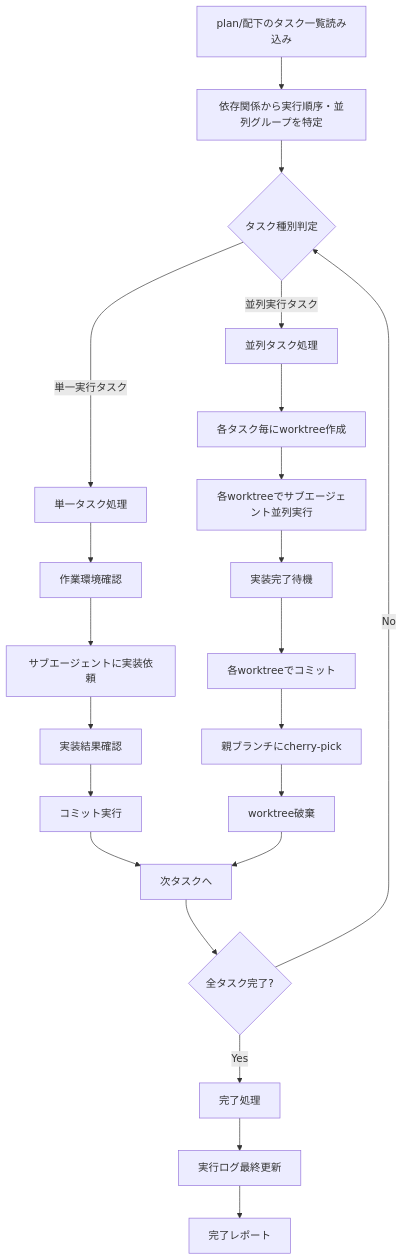
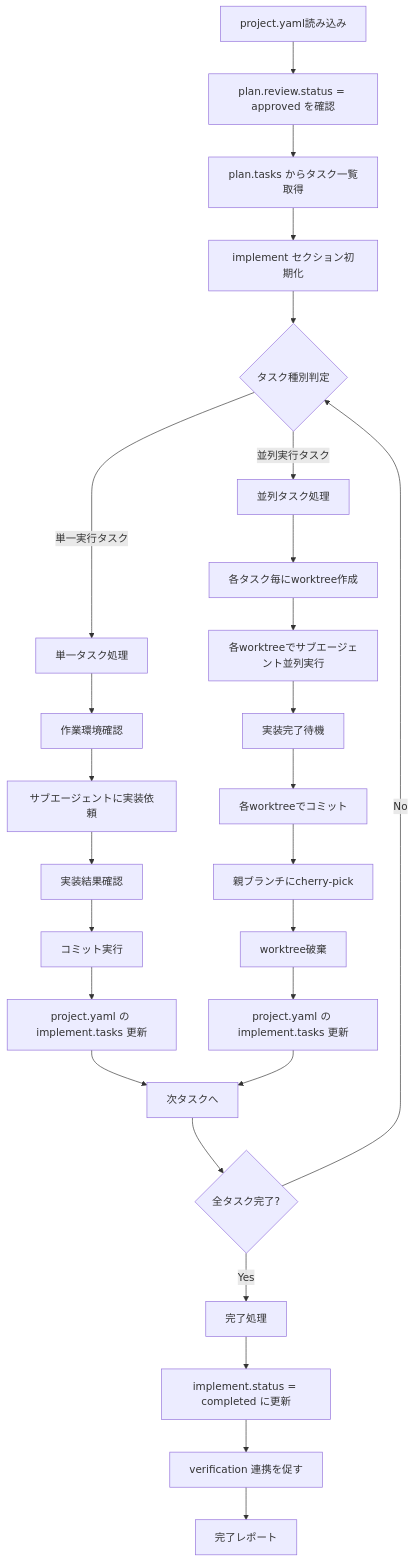
One commit to NagasakaH/dev-process changed the diagram in .claude/skills/implement/SKILL.md. Above: the diagram before and after it, drawn with Mermaid. The commit also changed other lines of this file and 11 other files, not shown here.

````diff
--- a/.claude/skills/implement/SKILL.md
+++ b/.claude/skills/implement/SKILL.md
@@ -71,27 +105,32 @@
 ```mermaid
 flowchart TD
-    A[plan/配下のタスク一覧読み込み] --> B[依存関係から実行順序・並列グループを特定]
-    B --> C{タスク種別判定}
+    A[project.yaml読み込み] --> B[plan.review.status = approved を確認]
+    B --> C[plan.tasks からタスク一覧取得]
+    C --> D[implement セクション初期化]
+    D --> E{タスク種別判定}
     
-    C -->|単一実行タスク| D[単一タスク処理]
-    D --> D1[作業環境確認]
-    D1 --> D2[サブエージェントに実装依頼]
-    D2 --> D3[実装結果確認]
-    D3 --> D4[コミット実行]
-    D4 --> E[次タスクへ]
+    E -->|単一実行タスク| F[単一タスク処理]
+    F --> F1[作業環境確認]
+    F1 --> F2[サブエージェントに実装依頼]
+    F2 --> F3[実装結果確認]
+    F3 --> F4[コミット実行]
+    F4 --> F5[project.yaml の implement.tasks 更新]
+    F5 --> G[次タスクへ]
     
-    C -->|並列実行タスク| F[並列タスク処理]
-    F --> F1[各タスク毎にworktree作成]
-    F1 --> F2[各worktreeでサブエージェント並列実行]
-    F2 --> F3[実装完了待機]
-    F3 --> F4[各worktreeでコミット]
-    F4 --> F5[親ブランチにcherry-pick]
-    F5 --> F6[worktree破棄]
-    F6 --> E
+    E -->|並列実行タスク| H[並列タスク処理]
+    H --> H1[各タスク毎にworktree作成]
+    H1 --> H2[各worktreeでサブエージェント並列実行]
+    H2 --> H3[実装完了待機]
+    H3 --> H4[各worktreeでコミット]
+    H4 --> H5[親ブランチにcherry-pick]
+    H5 --> H6[worktree破棄]
+    H6 --> H7[project.yaml の implement.tasks 更新]
+    H7 --> G
     
-    E --> G{全タスク完了?}
-    G -->|No| C
-    G -->|Yes| H[完了処理]
-    H --> I[実行ログ最終更新]
-    I --> J[完了レポート]
+    G --> I{全タスク完了?}
+    I -->|No| E
+    I -->|Yes| J[完了処理]
+    J --> K[implement.status = completed に更新]
+    K --> L[verification 連携を促す]
+    L --> M[完了レポート]
 ```
````
